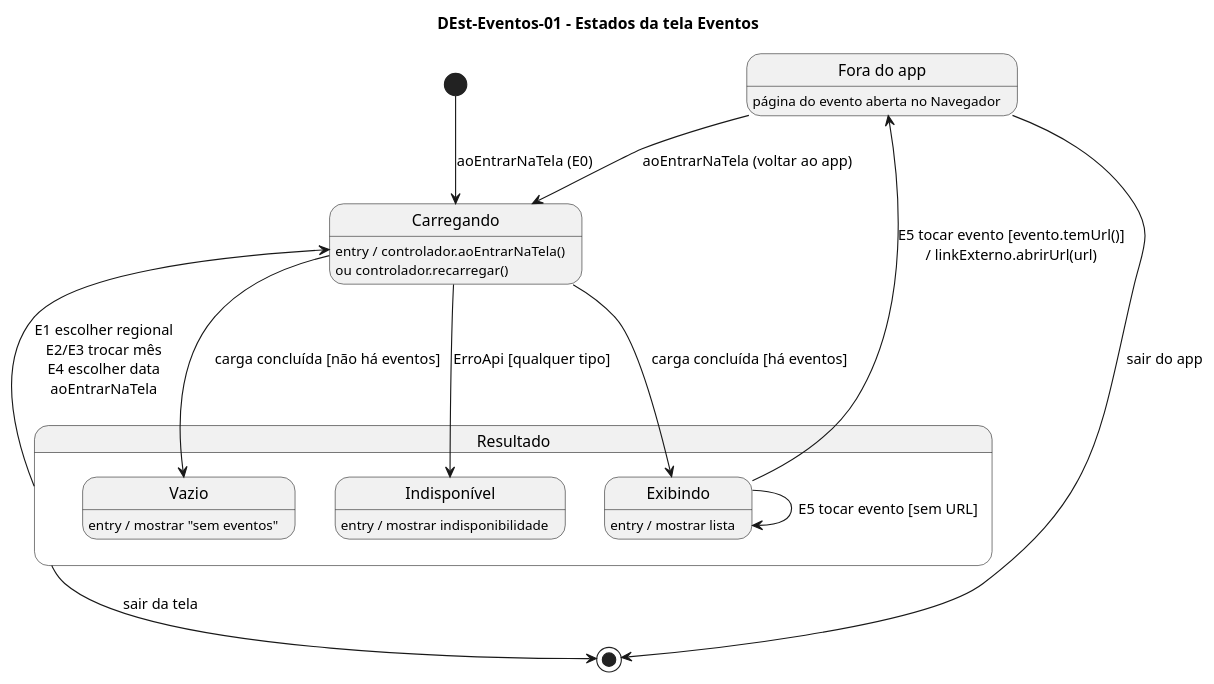
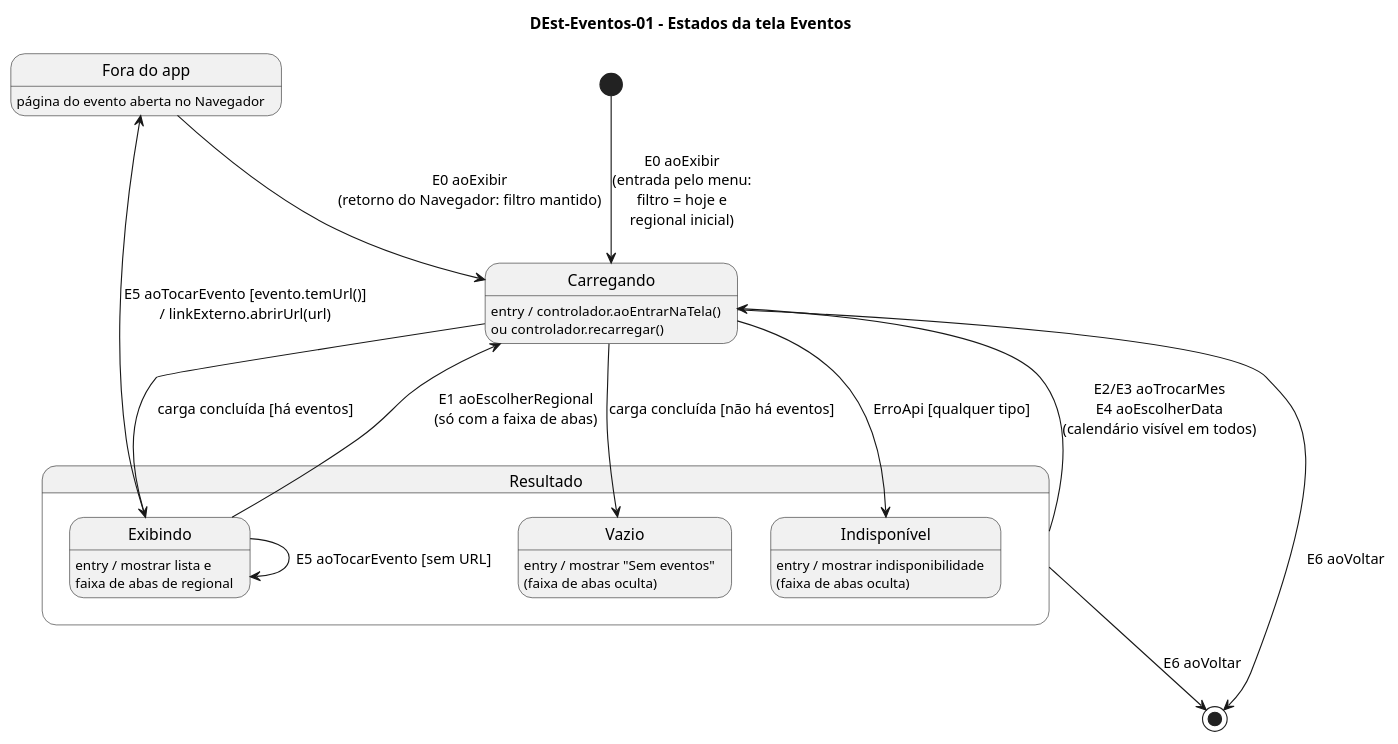
Before and after one commit to joseduardogon/Minha_UFG_Grupo_Cinza: the diagram in Eventos/DEst-Eventos-01.puml, drawn with PlantUML. The commit also changed 131 other files, not shown here.

```diff
--- a/Eventos/DEst-Eventos-01.puml
+++ b/Eventos/DEst-Eventos-01.puml
@@ -1,28 +1,29 @@
 @startuml DEst-Eventos-01
 title DEst-Eventos-01 – Estados da tela Eventos
 hide empty description
 
-[*] --> Carregando : aoEntrarNaTela (E0)
+[*] -down-> Carregando : E0 aoExibir\n(entrada pelo menu:\nfiltro = hoje e\nregional inicial)
 
 state Carregando : entry / controlador.aoEntrarNaTela()\nou controlador.recarregar()
 state "Fora do app" as Fora : página do evento aberta no Navegador
 
 state Resultado {
-  state Exibindo : entry / mostrar lista
-  state Vazio : entry / mostrar "sem eventos"
-  state "Indisponível" as Indisponivel : entry / mostrar indisponibilidade
+  state Exibindo : entry / mostrar lista e\nfaixa de abas de regional
+  state Vazio : entry / mostrar "Sem eventos"\n(faixa de abas oculta)
+  state "Indisponível" as Indisponivel : entry / mostrar indisponibilidade\n(faixa de abas oculta)
 }
 
 Carregando --> Exibindo : carga concluída [há eventos]
 Carregando --> Vazio : carga concluída [não há eventos]
 Carregando --> Indisponivel : ErroApi [qualquer tipo]
 
-Resultado --> Carregando : E1 escolher regional\nE2/E3 trocar mês\nE4 escolher data\naoEntrarNaTela
+Exibindo -up-> Carregando : E1 aoEscolherRegional\n(só com a faixa de abas)
+Resultado --> Carregando : E2/E3 aoTrocarMes\nE4 aoEscolherData\n(calendário visível em todos)
 
-Exibindo --> Fora : E5 tocar evento [evento.temUrl()]\n/ linkExterno.abrirUrl(url)
-Exibindo --> Exibindo : E5 tocar evento [sem URL]
-Fora --> Carregando : aoEntrarNaTela (voltar ao app)
+Exibindo --> Fora : E5 aoTocarEvento [evento.temUrl()]\n/ linkExterno.abrirUrl(url)
+Exibindo --> Exibindo : E5 aoTocarEvento [sem URL]
+Fora --> Carregando : E0 aoExibir\n(retorno do Navegador: filtro mantido)
 
-Resultado --> [*] : sair da tela
-Fora --> [*] : sair do app
+Carregando --> [*] : E6 aoVoltar
+Resultado --> [*] : E6 aoVoltar
 @enduml
```
